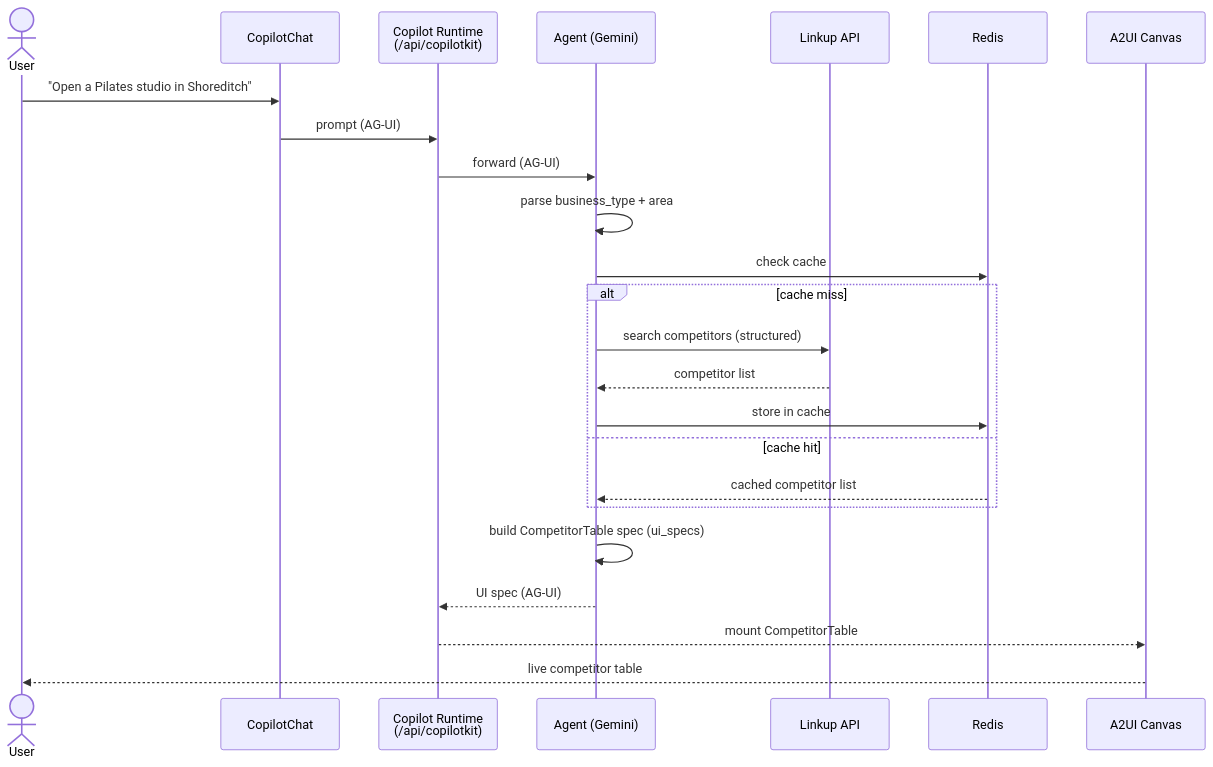
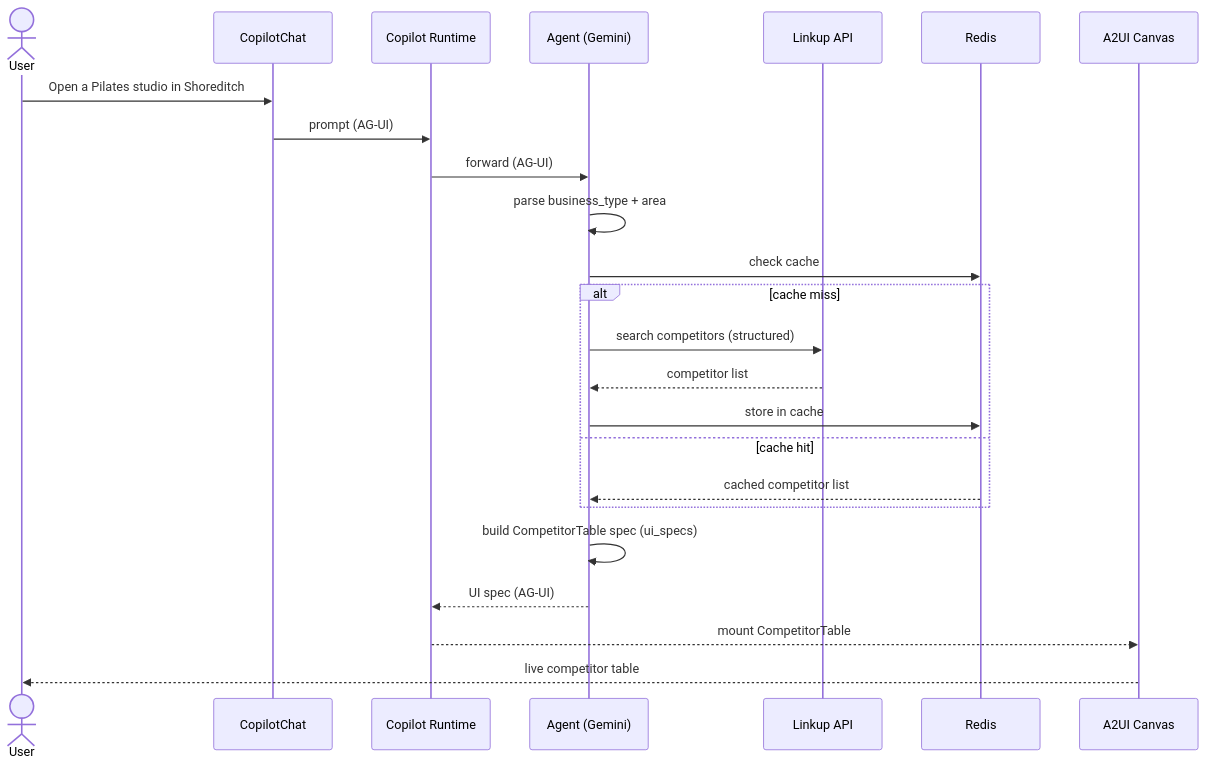
Before and after one commit to freyadabest/A2UIHackathon: the second of 2 diagrams in docs/ARCHITECTURE.md, drawn with Mermaid.

Commit message:
Fix Mermaid parse error: remove nested quotes / unsupported alias chars

````diff
--- a/docs/ARCHITECTURE.md
+++ b/docs/ARCHITECTURE.md
@@ -56,27 +56,27 @@
 ```mermaid
 sequenceDiagram
     actor U as User
     participant C as CopilotChat
-    participant R as Copilot Runtime<br/>(/api/copilotkit)
+    participant R as Copilot Runtime
     participant A as Agent (Gemini)
     participant L as Linkup API
     participant D as Redis
     participant P as A2UI Canvas
 
-    U->>C: "Open a Pilates studio in Shoreditch"
+    U->>C: Open a Pilates studio in Shoreditch
     C->>R: prompt (AG-UI)
     R->>A: forward (AG-UI)
     A->>A: parse business_type + area
     A->>D: check cache
     alt cache miss
         A->>L: search competitors (structured)
         L-->>A: competitor list
         A->>D: store in cache
     else cache hit
         D-->>A: cached competitor list
     end
     A->>A: build CompetitorTable spec (ui_specs)
     A-->>R: UI spec (AG-UI)
     R-->>P: mount CompetitorTable
     P-->>U: live competitor table
 ```
````
